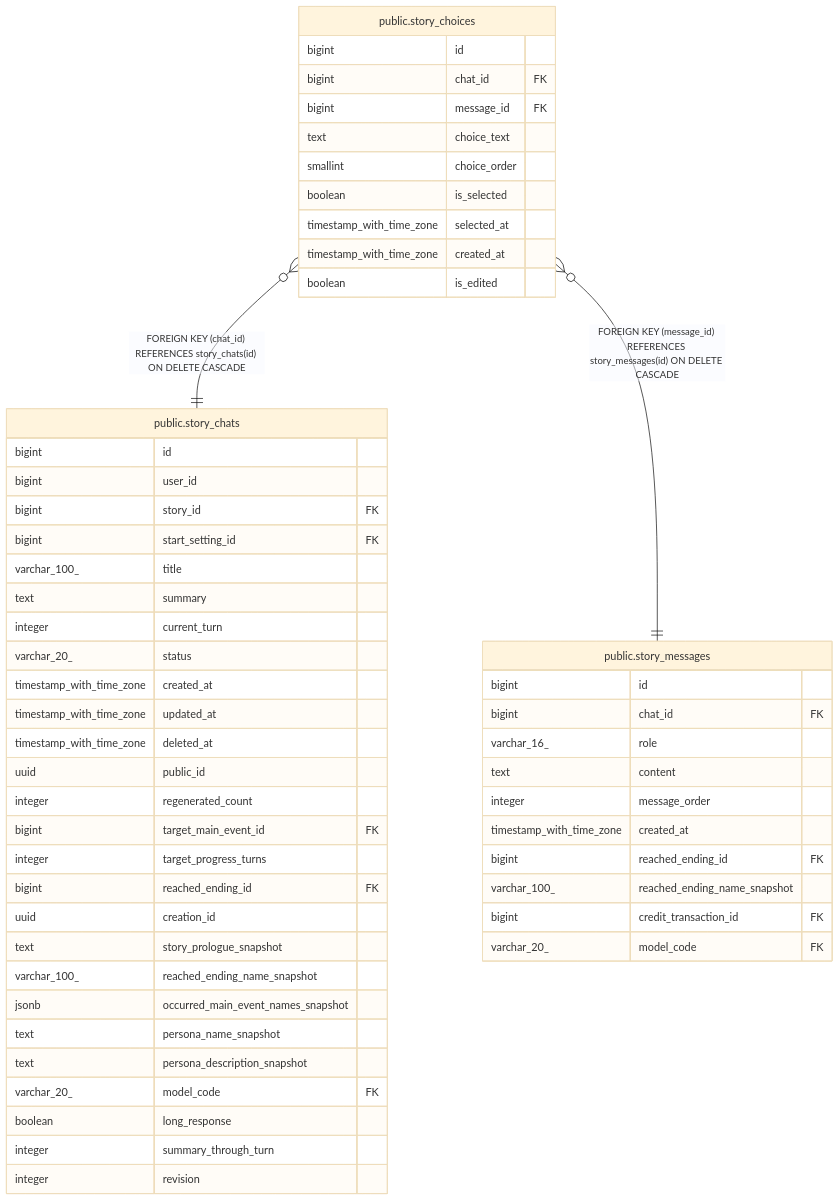
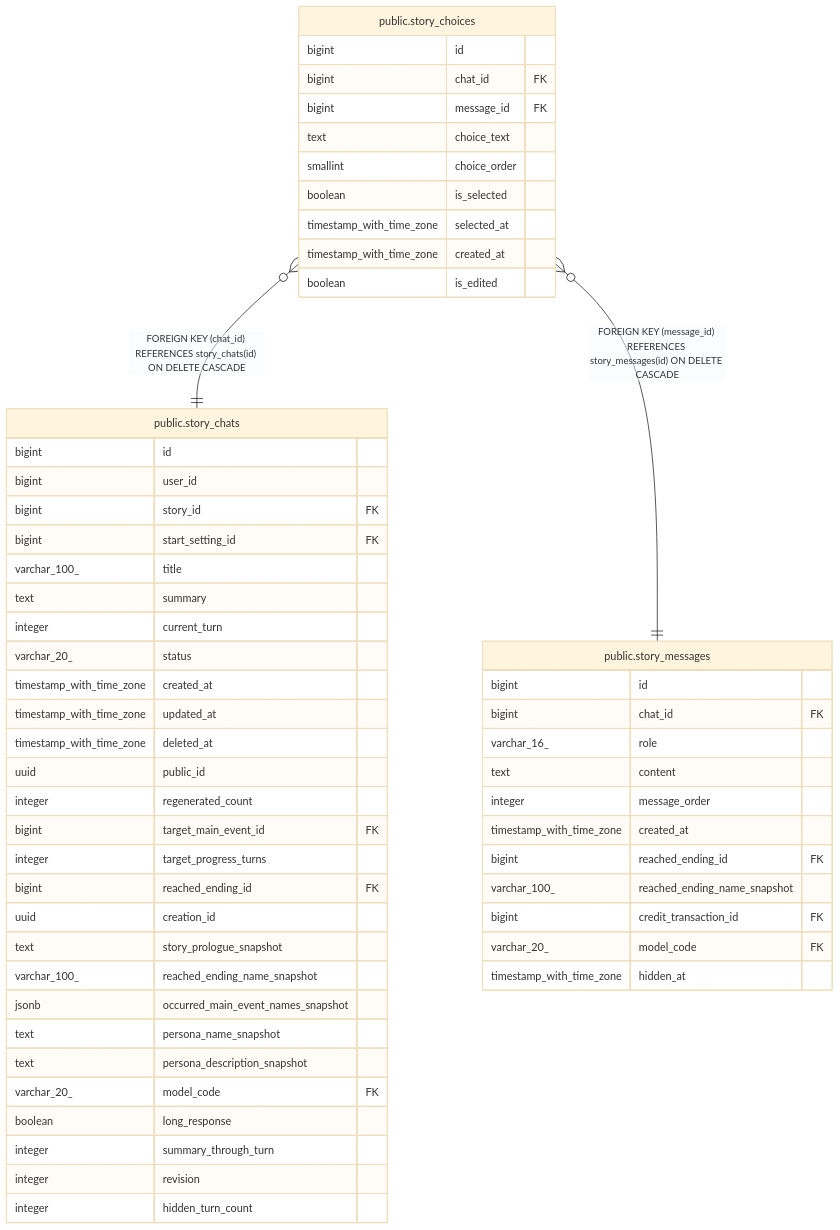
Before and after one commit to KIM-N-KANG/manyak-server: the diagram in dbdoc/public.story_choices.md, drawn with Mermaid (base theme). The commit also changed 36 other files, not shown here.

````diff
--- a/dbdoc/public.story_choices.md
+++ b/dbdoc/public.story_choices.md
@@ -38,58 +38,60 @@
 ```mermaid
 erDiagram
 
 "public.story_choices" }o--|| "public.story_chats" : "FOREIGN KEY (chat_id) REFERENCES story_chats(id) ON DELETE CASCADE"
 "public.story_choices" }o--|| "public.story_messages" : "FOREIGN KEY (message_id) REFERENCES story_messages(id) ON DELETE CASCADE"
 
 "public.story_choices" {
   bigint id
   bigint chat_id FK
   bigint message_id FK
   text choice_text
   smallint choice_order
   boolean is_selected
   timestamp_with_time_zone selected_at
   timestamp_with_time_zone created_at
   boolean is_edited
 }
 "public.story_chats" {
   bigint id
   bigint user_id
   bigint story_id FK
   bigint start_setting_id FK
   varchar_100_ title
   text summary
   integer current_turn
   varchar_20_ status
   timestamp_with_time_zone created_at
   timestamp_with_time_zone updated_at
   timestamp_with_time_zone deleted_at
   uuid public_id
   integer regenerated_count
   bigint target_main_event_id FK
   integer target_progress_turns
   bigint reached_ending_id FK
   uuid creation_id
   text story_prologue_snapshot
   varchar_100_ reached_ending_name_snapshot
   jsonb occurred_main_event_names_snapshot
   text persona_name_snapshot
   text persona_description_snapshot
   varchar_20_ model_code FK
   boolean long_response
   integer summary_through_turn
   integer revision
+  integer hidden_turn_count
 }
 "public.story_messages" {
   bigint id
   bigint chat_id FK
   varchar_16_ role
   text content
   integer message_order
   timestamp_with_time_zone created_at
   bigint reached_ending_id FK
   varchar_100_ reached_ending_name_snapshot
   bigint credit_transaction_id FK
   varchar_20_ model_code FK
+  timestamp_with_time_zone hidden_at
 }
 ```
````
